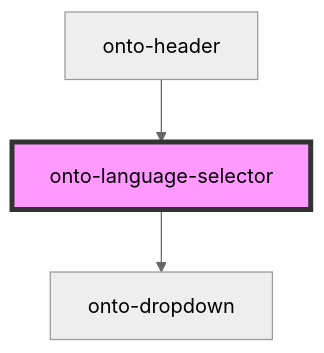
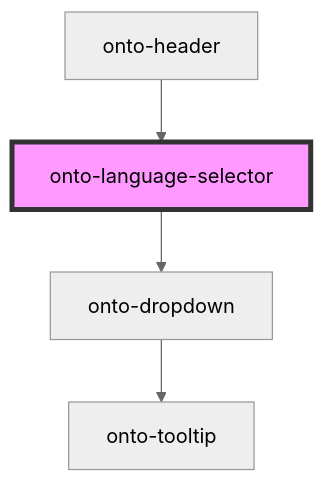
Before and after one commit to Ontotext-AD/graphdb-workbench: the diagram in packages/shared-components/src/components/onto-language-selector/readme.md, drawn with Mermaid (neutral theme). The commit also changed 14 other files, not shown here.

````diff
--- a/packages/shared-components/src/components/onto-language-selector/readme.md
+++ b/packages/shared-components/src/components/onto-language-selector/readme.md
@@ -19,6 +19,7 @@
 ```mermaid
 graph TD;
   onto-language-selector --> onto-dropdown
+  onto-dropdown --> onto-tooltip
   onto-header --> onto-language-selector
   style onto-language-selector fill:#f9f,stroke:#333,stroke-width:4px
 ```
````
